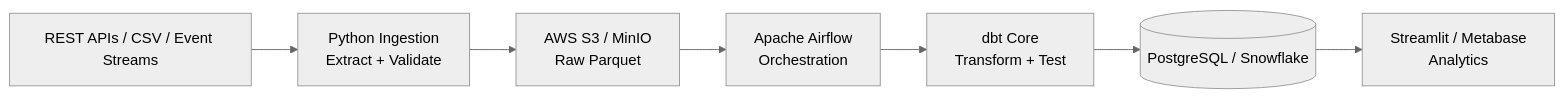
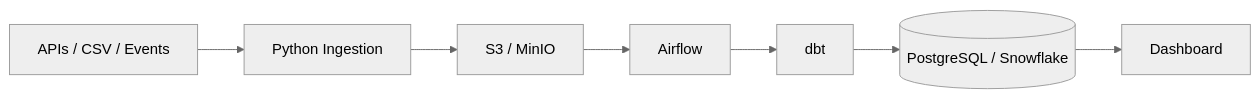
The diagram in README.md (AloneRider-pixel/cloud-data-platform), drawn with Mermaid (neutral theme) before and after one commit. The commit also changed other lines of this file, not shown here.

````diff
--- a/README.md
+++ b/README.md
@@ -13,17 +20,9 @@
 ```mermaid
 graph LR
-    SRC[REST APIs / CSV / Event Streams]
-    ING[Python Ingestion
-Extract + Validate]
-    RAW[AWS S3 / MinIO
-Raw Parquet]
-    AIR[Apache Airflow
-Orchestration]
-    DBT[dbt Core
-Transform + Test]
-    WH[(PostgreSQL / Snowflake)]
-    BI[Streamlit / Metabase
-Analytics]
-
-    SRC --> ING --> RAW --> AIR --> DBT --> WH --> BI
+    SRC[APIs / CSV / Events] --> ING[Python Ingestion]
+    ING --> RAW[S3 / MinIO]
+    RAW --> AIR[Airflow]
+    AIR --> DBT[dbt]
+    DBT --> WH[(PostgreSQL / Snowflake)]
+    WH --> BI[Dashboard]
 ```
````
